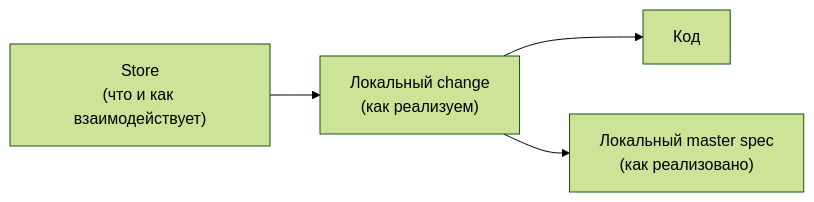
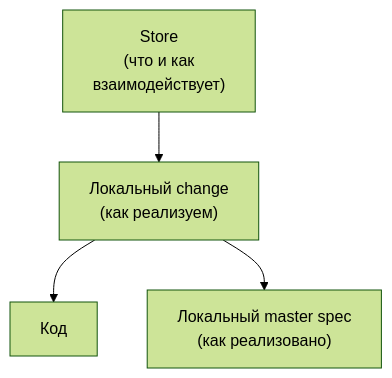
One commit to DanielUsov/SDD-Cookbook changed the fourth of 4 diagrams in OpenSpec/cases/Sber/03-Кодовые-репозитории.md. Above: the diagram before and after it, drawn with Mermaid (forest theme). The commit also changed other lines of this file and 21 other files, not shown here.

````diff
--- a/OpenSpec/cases/Sber/03-Кодовые-репозитории.md
+++ b/OpenSpec/cases/Sber/03-Кодовые-репозитории.md
@@ -150,6 +150,6 @@
 ```mermaid
-flowchart LR
-    S["Store<br/>(что и как взаимодействует)"] --> L["Локальный change<br/>(как реализуем)"]
+flowchart TB
+    S["Store<br/>(что и как<br/>взаимодействует)"] --> L["Локальный change<br/>(как реализуем)"]
     L --> CODE["Код"]
     L --> MS["Локальный master spec<br/>(как реализовано)"]
 ```
````
